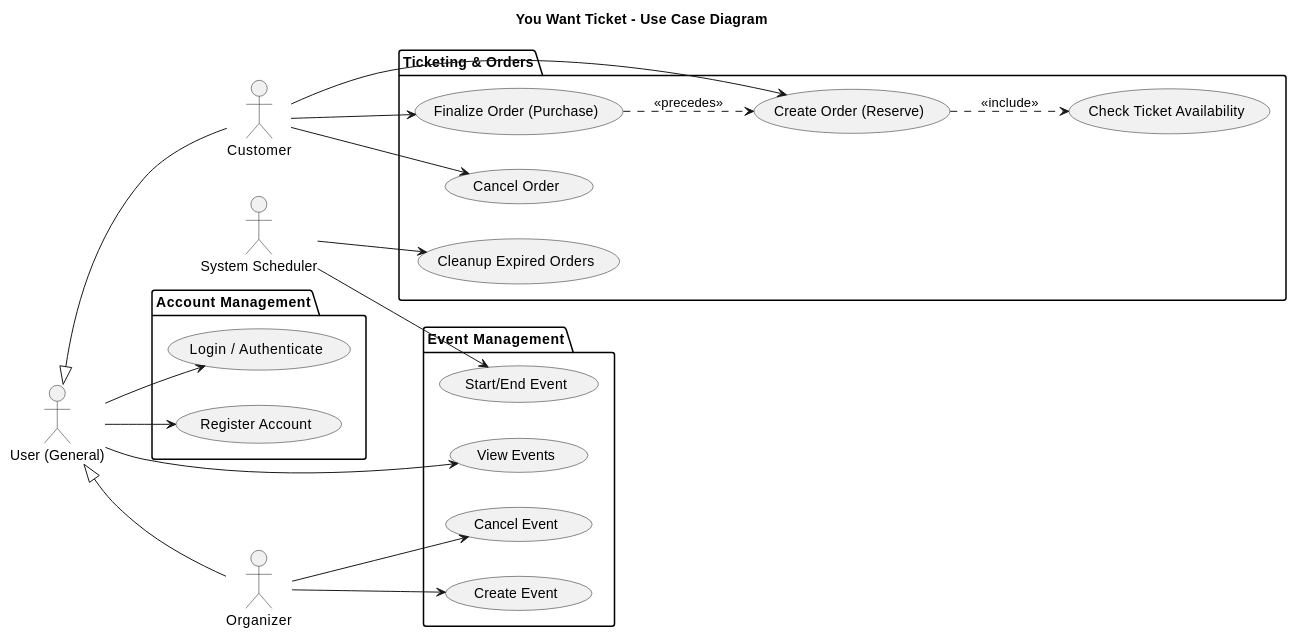
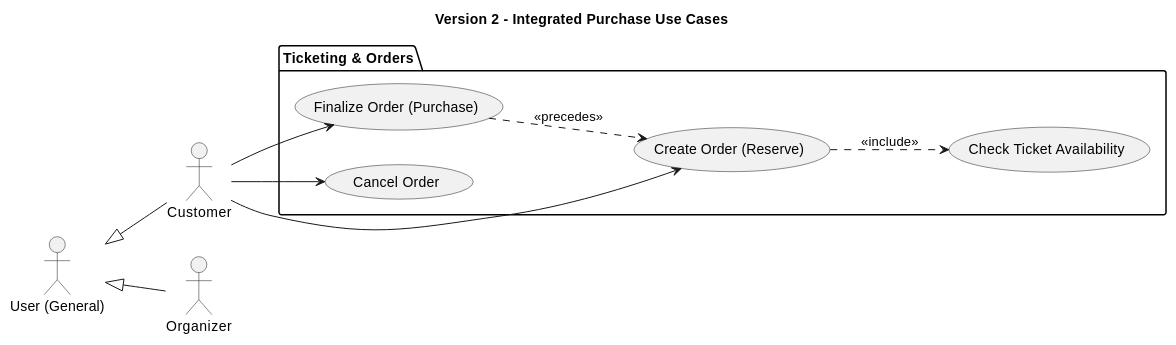
Before and after one commit to NikosKoutsoukosPrelorentzos/you-want-ticket: the second of 3 diagrams in diagrams/USE_CASE_DIAGRAMS.md, drawn with PlantUML. The commit also changed other lines of this file and 24 other files, not shown here.

First line of the commit message:
Restructure and expand system documentation with versioned diagrams

````diff
--- a/diagrams/USE_CASE_DIAGRAMS.md
+++ b/diagrams/USE_CASE_DIAGRAMS.md
@@ -8,57 +55,30 @@
 ```plantuml
 @startuml
-title You Want Ticket - Use Case Diagram
+title Version 2 - Integrated Purchase Use Cases
 left to right direction
 
 actor "User (General)" as U
 actor "Customer" as C
 actor "Organizer" as O
-actor "System Scheduler" as S
 
 U <|-- C
 U <|-- O
-
-package "Account Management" {
-  usecase "Register Account" as UC1
-  usecase "Login / Authenticate" as UC2
-}
-
-package "Event Management" {
-  usecase "View Events" as UC3
-  usecase "Create Event" as UC4
-  usecase "Cancel Event" as UC5
-  usecase "Start/End Event" as UC6
-}
 
 package "Ticketing & Orders" {
   usecase "Create Order (Reserve)" as UC7
   usecase "Finalize Order (Purchase)" as UC8
   usecase "Cancel Order" as UC9
-  usecase "Cleanup Expired Orders" as UC10
   usecase "Check Ticket Availability" as UC11
 }
-
-' General User Actions
-U --> UC1
-U --> UC2
-U --> UC3
-
-' Organizer Actions
-O --> UC4
-O --> UC5
 
 ' Customer Actions
 C --> UC7
 C --> UC8
 C --> UC9
 
-' System Actions
-S --> UC6
-S --> UC10
-
-' Relationships
+' Internal Relationships
 UC7 ..> UC11 : <<include>>
 UC8 ..> UC7 : <<precedes>>
 
 @enduml
 ```
````
